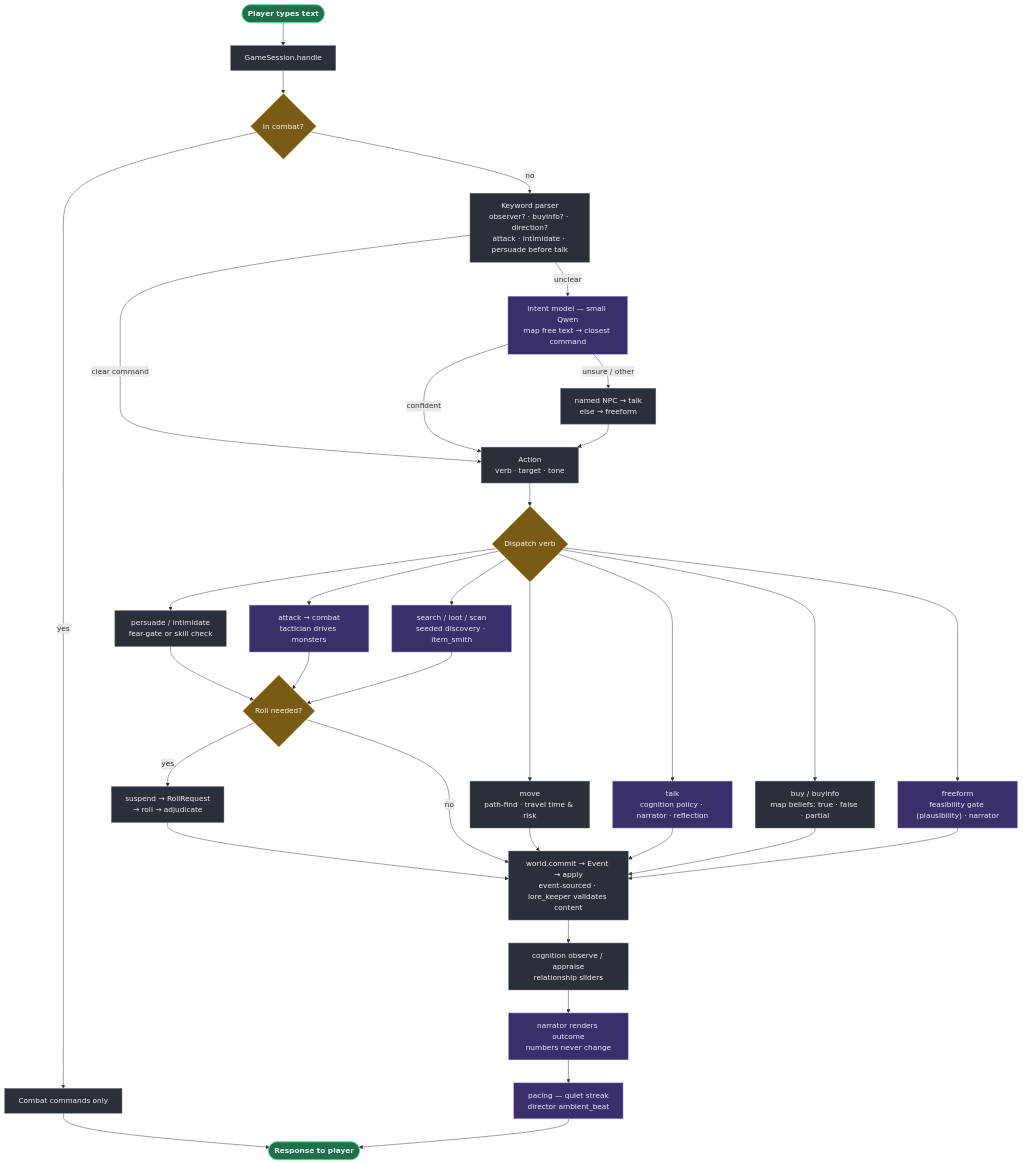
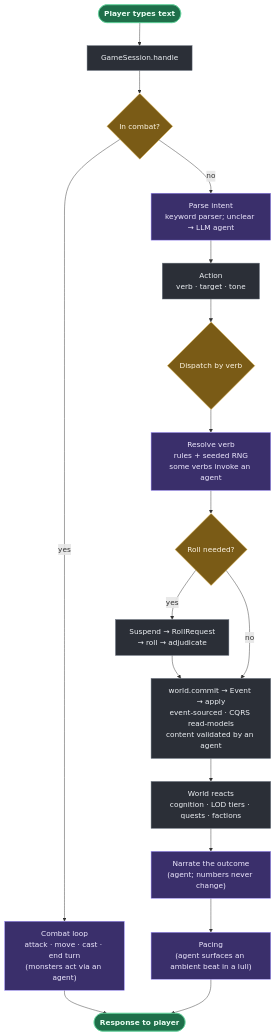
One commit to illaitar/ai-dnd changed the diagram in README.md. Above: the diagram before and after it, drawn with Mermaid. The commit also changed other lines of this file, not shown here.

Commit message:
docs: rewrite README with pipeline diagram and per-agent sections

````diff
--- a/README.md
+++ b/README.md
@@ -52,43 +35,25 @@
 ```mermaid
 flowchart TD
   IN([Player types text]):::io --> H["GameSession.handle"]:::core
   H --> CB{In combat?}:::dec
-  CB -- yes --> CMB["Combat commands only"]:::core --> OUT
-  CB -- no --> KW["Keyword parser<br/>observer? · buyinfo? · direction?<br/>attack · intimidate · persuade before talk"]:::core
+  CB -- yes --> CMB["Combat loop<br/>attack · move · cast · end turn<br/>(monsters act via an agent)"]:::llm --> OUT
+  CB -- no --> PARSE["Parse intent<br/>keyword parser; unclear → LLM agent"]:::llm
+  PARSE --> ACT["Action<br/>verb · target · tone"]:::core
 
-  KW -- clear command --> ACT["Action<br/>verb · target · tone"]:::core
-  KW -- unclear --> LLM["intent model — small Qwen<br/>map free text → closest command"]:::llm
-  LLM -- confident --> ACT
-  LLM -- unsure / other --> DEF["named NPC → talk<br/>else → freeform"]:::core
-  DEF --> ACT
+  ACT --> DISP{Dispatch by verb}:::dec
+  DISP --> RES["Resolve verb<br/>rules + seeded RNG<br/>some verbs invoke an agent"]:::llm
+  RES --> ROLL{Roll needed?}:::dec
+  ROLL -- yes --> SUS["Suspend → RollRequest<br/>→ roll → adjudicate"]:::core --> COMMIT
+  ROLL -- no --> COMMIT
 
-  ACT --> DISP{Dispatch verb}:::dec
-  DISP --> MOVE["move<br/>path-find · travel time & risk"]:::core
-  DISP --> TALK["talk<br/>cognition policy · narrator · reflection"]:::llm
-  DISP --> SOC["persuade / intimidate<br/>fear-gate or skill check"]:::core
-  DISP --> ATK["attack → combat<br/>tactician drives monsters"]:::llm
-  DISP --> SRCH["search / loot / scan<br/>seeded discovery · item_smith"]:::llm
-  DISP --> BUY["buy / buyinfo<br/>map beliefs: true · false · partial"]:::core
-  DISP --> FREE["freeform<br/>feasibility gate (plausibility) · narrator"]:::llm
-
-  SOC --> ROLL{Roll needed?}:::dec
-  ATK --> ROLL
-  SRCH --> ROLL
-  ROLL -- yes --> SUS["suspend → RollRequest<br/>→ roll → adjudicate"]:::core --> COMMIT
-  ROLL -- no --> COMMIT
-  MOVE --> COMMIT
-  TALK --> COMMIT
-  BUY --> COMMIT
-  FREE --> COMMIT
-
-  COMMIT["world.commit → Event → apply<br/>event-sourced · lore_keeper validates content"]:::core
-  COMMIT --> COG["cognition observe / appraise<br/>relationship sliders"]:::core
-  COG --> NARR["narrator renders outcome<br/>numbers never change"]:::llm
-  NARR --> POST["pacing — quiet streak<br/>director ambient_beat"]:::llm
+  COMMIT["world.commit → Event → apply<br/>event-sourced · CQRS read-models<br/>content validated by an agent"]:::core
+  COMMIT --> REACT["World reacts<br/>cognition · LOD tiers · quests · factions"]:::core
+  REACT --> NARR["Narrate the outcome<br/>(agent; numbers never change)"]:::llm
+  NARR --> POST["Pacing<br/>(agent surfaces an ambient beat in a lull)"]:::llm
   POST --> OUT([Response to player]):::io
 
   classDef io fill:#1f6f4a,stroke:#5fd39a,color:#eafff4,font-weight:bold;
   classDef llm fill:#3a2f6b,stroke:#9d8cff,color:#efeaff;
   classDef dec fill:#7a5b16,stroke:#e6b84a,color:#fff7e6;
   classDef core fill:#2b2f37,stroke:#6b7480,color:#eef1f5;
 ```
````
